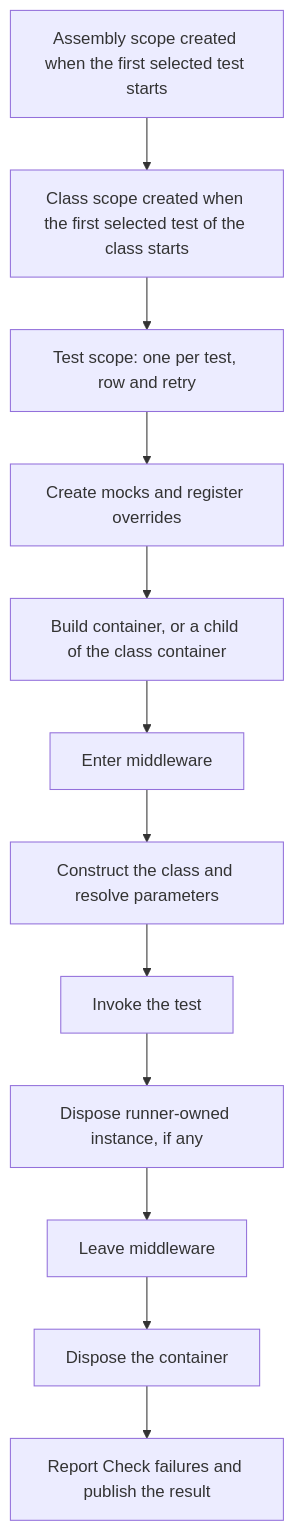
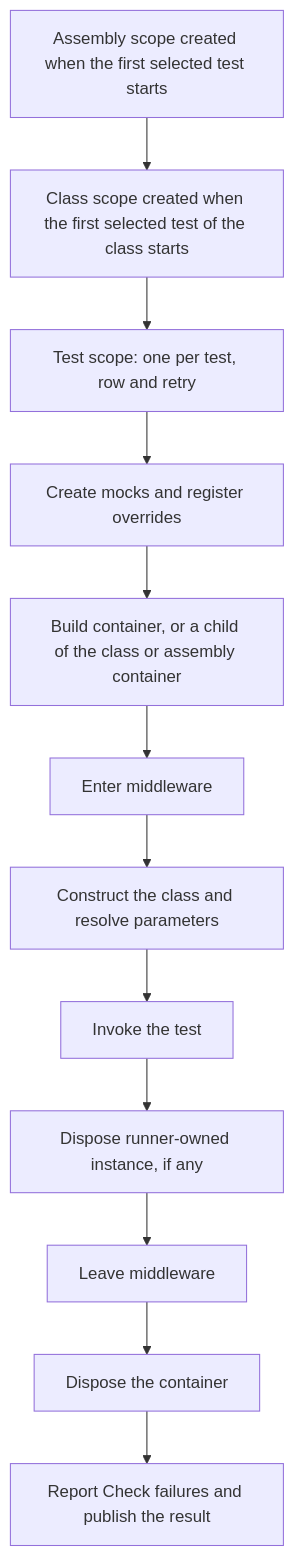
One commit to ipjohnson/VerificationGlue changed the diagram in docs/design/tests.md. Above: the diagram before and after it, drawn with Mermaid. The commit also changed other lines of this file, not shown here.

````diff
--- a/docs/design/tests.md
+++ b/docs/design/tests.md
@@ -141,14 +142,14 @@
 ```mermaid
 flowchart TD
     A["Assembly scope created when the first selected test starts"] --> C["Class scope created when the first selected test of the class starts"]
     C --> T1["Test scope: one per test, row and retry"]
     T1 --> S1["Create mocks and register overrides"]
-    S1 --> S2["Build container, or a child of the class container"]
+    S1 --> S2["Build container, or a child of the class or assembly container"]
     S2 --> S3["Enter middleware"]
     S3 --> S4["Construct the class and resolve parameters"]
     S4 --> S5["Invoke the test"]
     S5 --> S6["Dispose runner-owned instance, if any"]
     S6 --> S7["Leave middleware"]
     S7 --> S8["Dispose the container"]
     S8 --> S9["Report Check failures and publish the result"]
 ```
````
